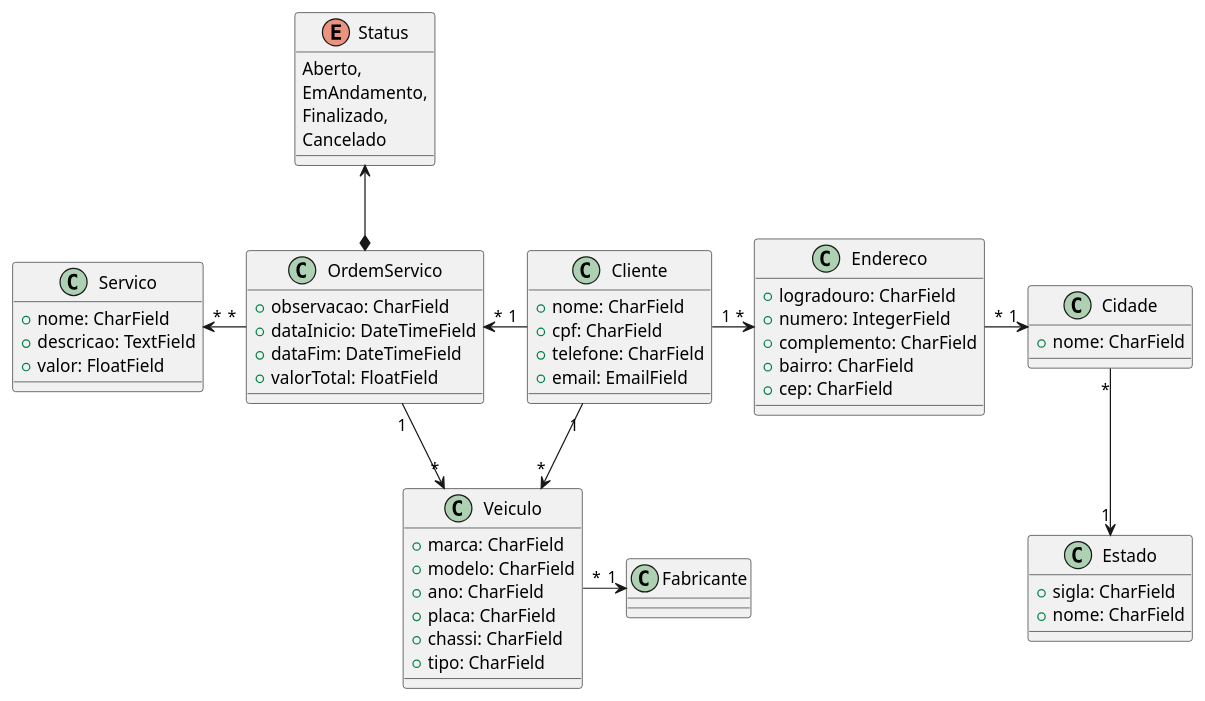
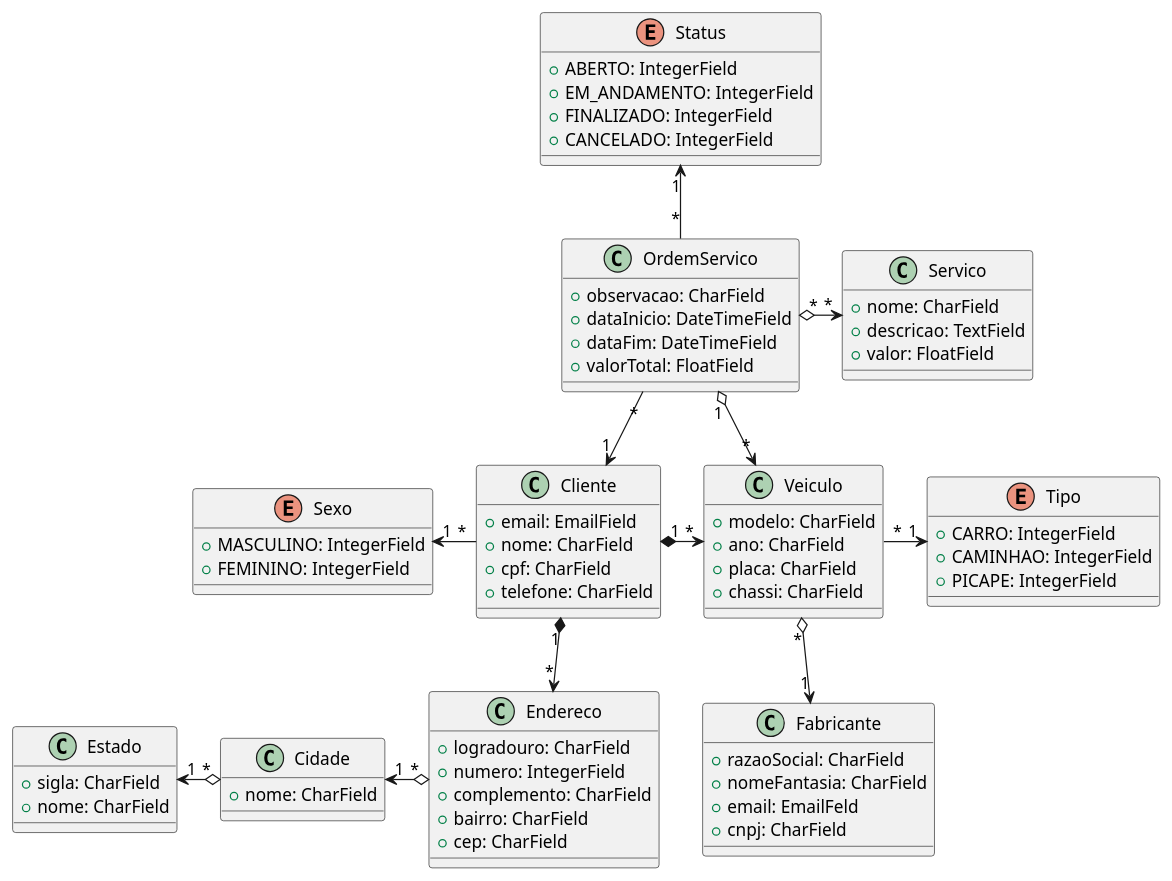
One commit to mateus1503/CarRepair changed the diagram in uml_loja.puml. Above: the diagram before and after it, drawn with PlantUML. The commit also changed 2 other files, not shown here.

Commit message:
Atualizando uml

```diff
--- a/uml_loja.puml
+++ b/uml_loja.puml
@@ -1,72 +1,89 @@
 @startuml
 'https://plantuml.com/class-diagram
 
 class Cliente {
+    + email: EmailField
     + nome: CharField
     + cpf: CharField
     + telefone: CharField
-    + email: EmailField
+}
+
+enum Sexo {
+    + MASCULINO: IntegerField
+    + FEMININO: IntegerField
 }
 
 class Endereco {
     + logradouro: CharField
     + numero: IntegerField
     + complemento: CharField
     + bairro: CharField
     + cep: CharField
 }
 
 class Cidade {
     + nome: CharField
 }
 
 class Estado {
     + sigla: CharField
     + nome: CharField
 }
 
-class Fabricante {}
+class Fabricante {
+    + razaoSocial: CharField
+    + nomeFantasia: CharField
+    + email: EmailFeld
+    + cnpj: CharField
+}
 
 class Veiculo {
-    + marca: CharField
     + modelo: CharField
     + ano: CharField
     + placa: CharField
     + chassi: CharField
-    + tipo: CharField
+}
+
+enum Tipo {
+    + CARRO: IntegerField
+    + CAMINHAO: IntegerField
+    + PICAPE: IntegerField
 }
 
 class Servico {
     + nome: CharField
     + descricao: TextField
     + valor: FloatField
 }
 
 class OrdemServico {
     + observacao: CharField
     + dataInicio: DateTimeField
     + dataFim: DateTimeField
     + valorTotal: FloatField
 }
 
 enum Status {
-  Aberto,
-  EmAndamento,
-  Finalizado,
-  Cancelado
+    + ABERTO: IntegerField
+    + EM_ANDAMENTO: IntegerField
+    + FINALIZADO: IntegerField
+    + CANCELADO: IntegerField
 }
 
-Cliente "1" -right-> "*" Endereco
-Cliente "1" --> "*" Veiculo
-Cliente "1" -left-> "*" OrdemServico
+Cliente "1" *-right-> "*" Veiculo
+Cliente "1" *--> "*" Endereco
+Cliente "*" -left-> "1" Sexo
 
-Veiculo "*" -right-> "1" Fabricante
+Veiculo "*" o--> "1" Fabricante
+Veiculo "*" -right-> "1" Tipo
 
-OrdemServico "1" -right-> "*" Veiculo
-OrdemServico "*" -left-> "*" Servico
-OrdemServico *-up-> Status
+OrdemServico "1" o--> "*" Veiculo
+OrdemServico "*" o-right-> "*" Servico
+OrdemServico "*" -up-> "1" Status
+OrdemServico "*" --> "1" Cliente
 
-Endereco "*" -right-> "1" Cidade
-Cidade "*" --> "1" Estado
+Endereco "*" o-left-> "1" Cidade
+
+Cidade "*" o-left-> "1" Estado
 
 @enduml
```
